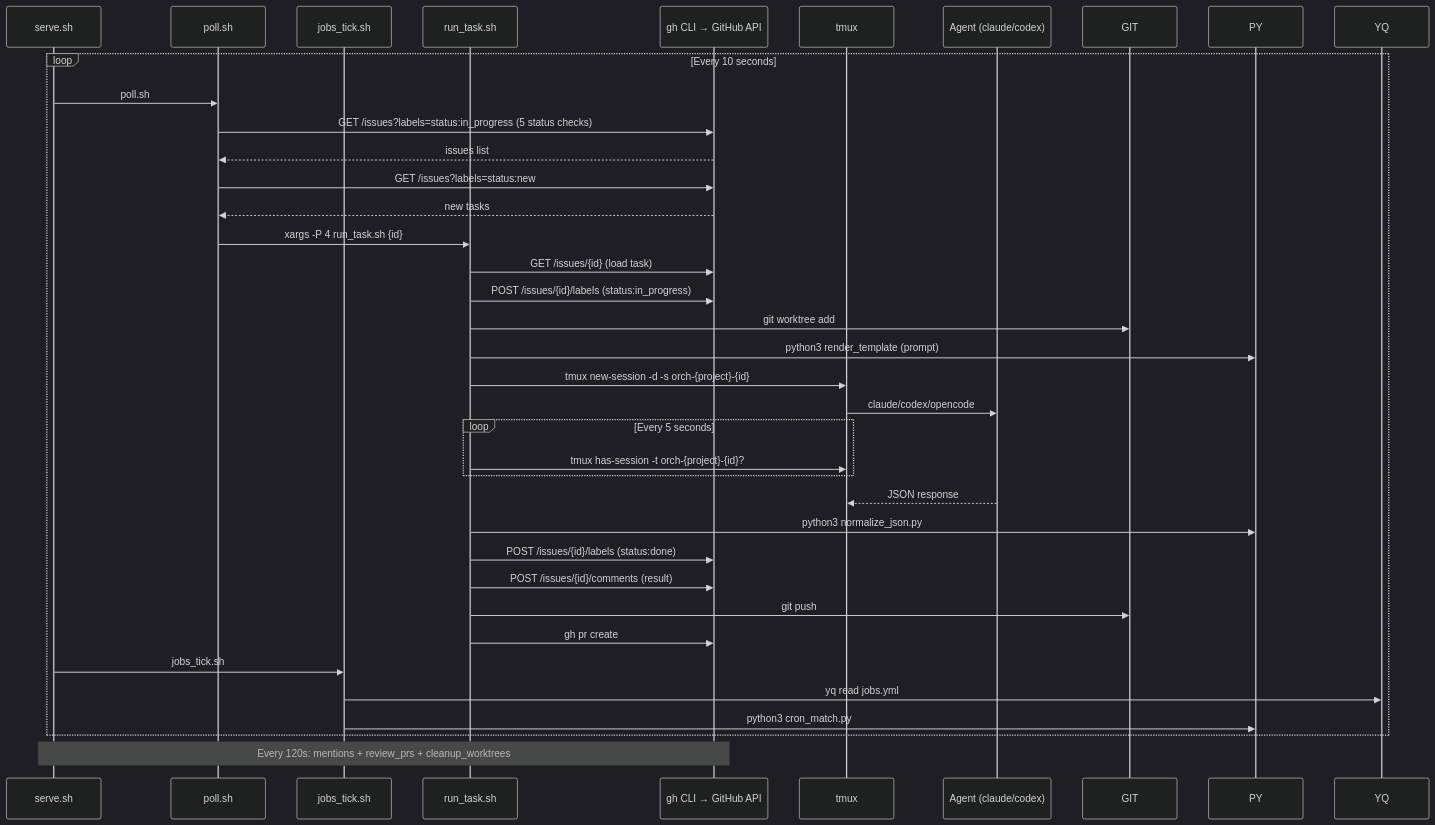
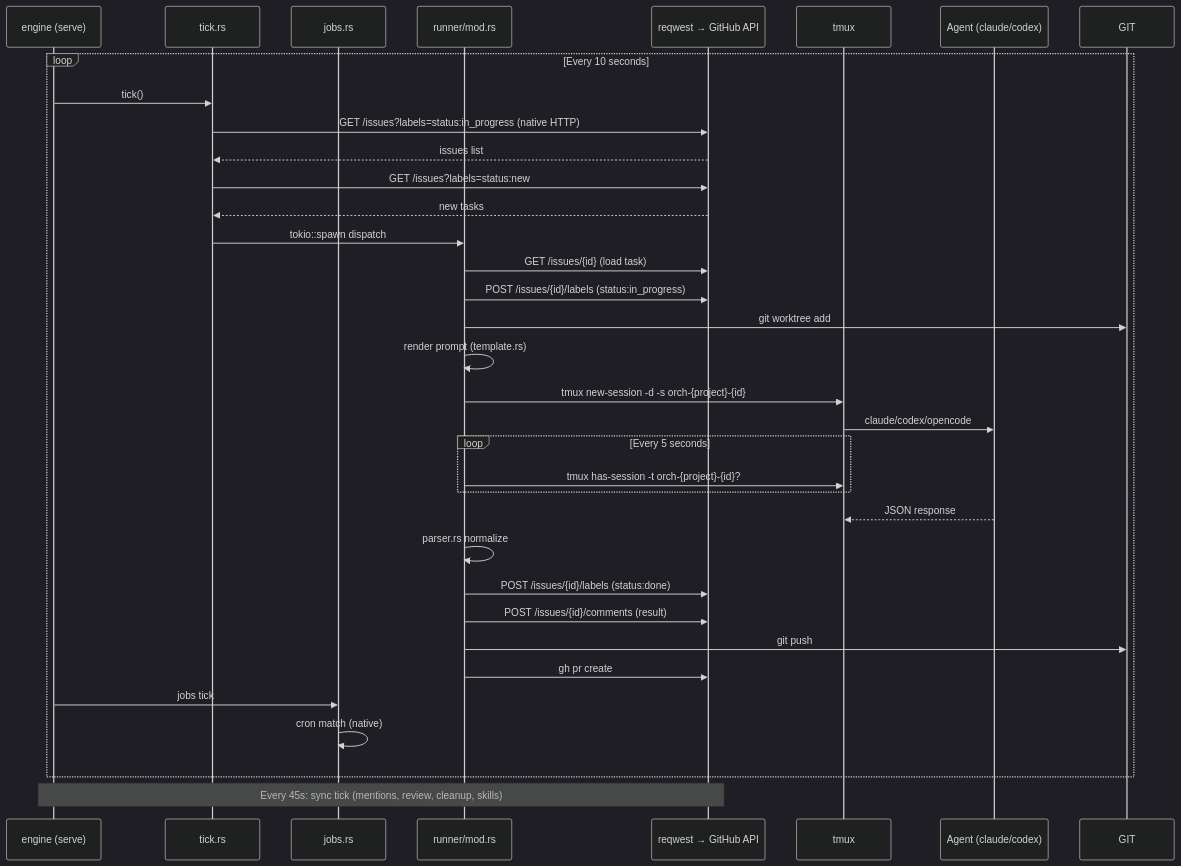
Before and after one commit to gabrielkoerich/orch: the second of 3 diagrams in PLAN.md, drawn with Mermaid (dark theme). The commit also changed other lines of this file and 16 other files, not shown here.

First line of the commit message:
docs: update all markdown to reflect current architecture (#621)

````diff
--- a/PLAN.md
+++ b/PLAN.md
@@ -107,41 +107,40 @@
 ```mermaid
 sequenceDiagram
-    participant S as serve.sh
-    participant P as poll.sh
-    participant J as jobs_tick.sh
-    participant R as run_task.sh
-    participant GH as gh CLI → GitHub API
+    participant S as engine (serve)
+    participant P as tick.rs
+    participant J as jobs.rs
+    participant R as runner/mod.rs
+    participant GH as reqwest → GitHub API
     participant T as tmux
     participant A as Agent (claude/codex)
 
     loop Every 10 seconds
-        S->>P: poll.sh
-        P->>GH: GET /issues?labels=status:in_progress (5 status checks)
+        S->>P: tick()
+        P->>GH: GET /issues?labels=status:in_progress (native HTTP)
         GH-->>P: issues list
         P->>GH: GET /issues?labels=status:new
         GH-->>P: new tasks
-        P->>R: xargs -P 4 run_task.sh {id}
+        P->>R: tokio::spawn dispatch
 
         R->>GH: GET /issues/{id} (load task)
         R->>GH: POST /issues/{id}/labels (status:in_progress)
         R->>GIT: git worktree add
-        R->>PY: python3 render_template (prompt)
+        R->>R: render prompt (template.rs)
         R->>T: tmux new-session -d -s orch-{project}-{id}
         T->>A: claude/codex/opencode
         loop Every 5 seconds
             R->>T: tmux has-session -t orch-{project}-{id}?
         end
         A-->>T: JSON response
-        R->>PY: python3 normalize_json.py
+        R->>R: parser.rs normalize
         R->>GH: POST /issues/{id}/labels (status:done)
         R->>GH: POST /issues/{id}/comments (result)
         R->>GIT: git push
         R->>GH: gh pr create
 
-        S->>J: jobs_tick.sh
-        J->>YQ: yq read jobs.yml
-        J->>PY: python3 cron_match.py
+        S->>J: jobs tick
+        J->>J: cron match (native)
     end
 
-    Note over S,GH: Every 120s: mentions + review_prs + cleanup_worktrees
+    Note over S,GH: Every 45s: sync tick (mentions, review, cleanup, skills)
 ```
````
